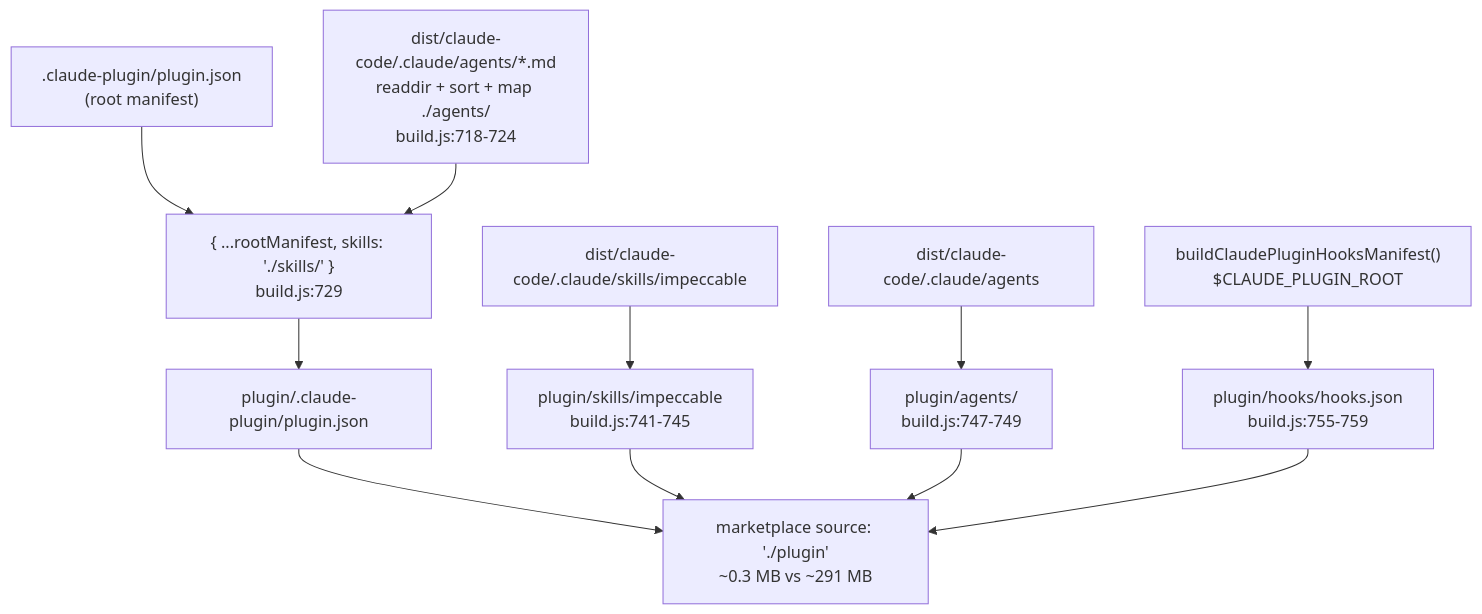
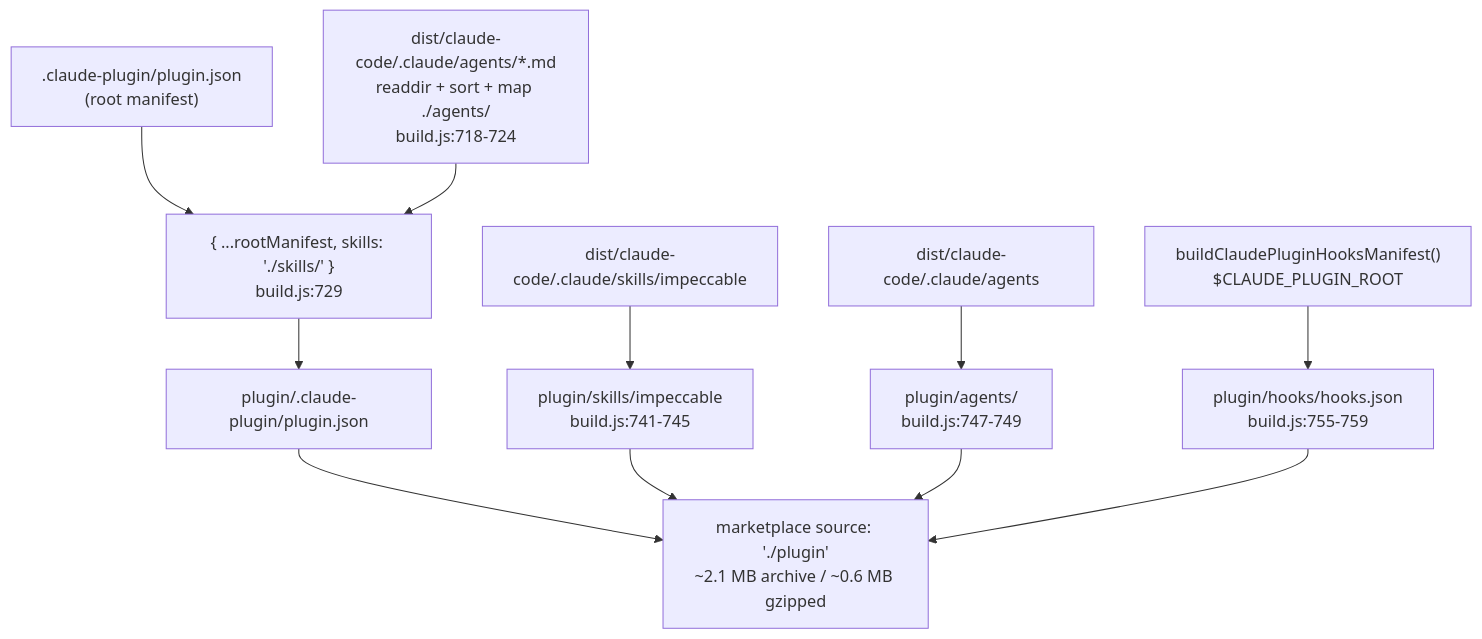
The fifth of 6 diagrams in audit/impeccable/reports/04-skill-harness/04b-build-pipeline-and-validators.md (martinmoradi/yoinkit), drawn with Mermaid before and after one commit. The commit also changed other lines of this file and 28 other files, not shown here.

````diff
--- a/audit/impeccable/reports/04-skill-harness/04b-build-pipeline-and-validators.md
+++ b/audit/impeccable/reports/04-skill-harness/04b-build-pipeline-and-validators.md
@@ -792,13 +799,13 @@
 ```mermaid
 flowchart TD
   RM[".claude-plugin/plugin.json\n(root manifest)"] --> SPREAD["{ ...rootManifest, skills: './skills/' }\nbuild.js:729"]
   AG["dist/claude-code/.claude/agents/*.md\nreaddir + sort + map ./agents/<f>\nbuild.js:718-724"] --> SPREAD
   SPREAD --> PM["plugin/.claude-plugin/plugin.json"]
   DS["dist/claude-code/.claude/skills/impeccable"] --> PS["plugin/skills/impeccable\nbuild.js:741-745"]
   AG2["dist/claude-code/.claude/agents"] --> PA["plugin/agents/\nbuild.js:747-749"]
   HOOK["buildClaudePluginHooksManifest()\n$CLAUDE_PLUGIN_ROOT"] --> PH["plugin/hooks/hooks.json\nbuild.js:755-759"]
-  PM --> MARKET["marketplace source: './plugin'\n~0.3 MB vs ~291 MB"]
+  PM --> MARKET["marketplace source: './plugin'\n~2.1 MB archive / ~0.6 MB gzipped"]
   PS --> MARKET
   PA --> MARKET
   PH --> MARKET
 ```
````
